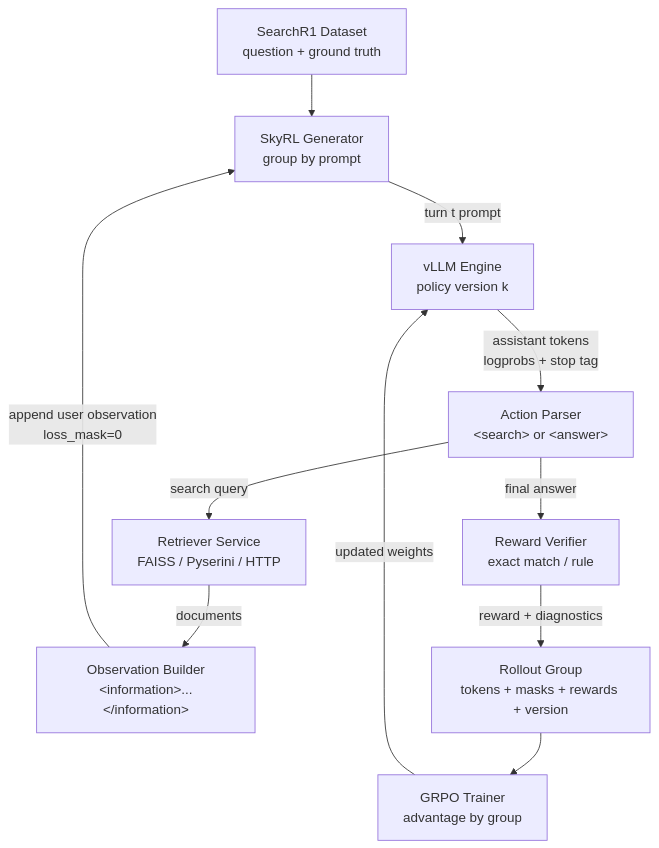
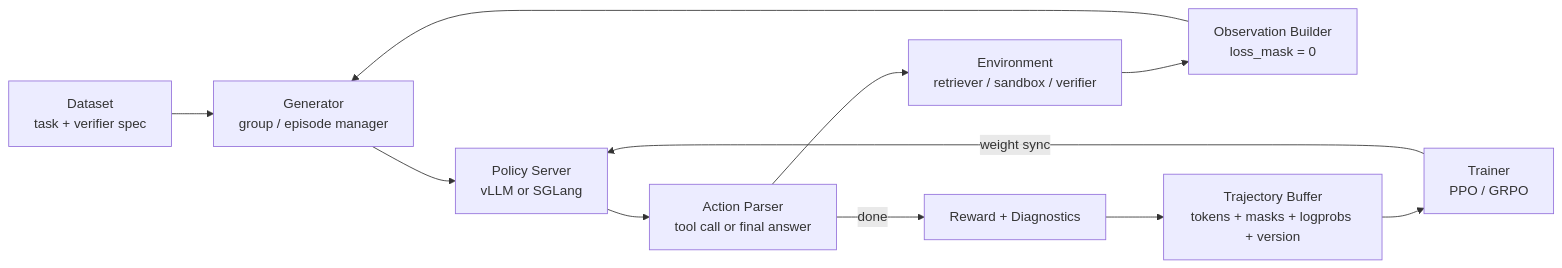
The ninth of 9 diagrams in notes/Mlsys/MLSYS14 Post-Training Infra.md (CurryTang/mlphdinterview), drawn with Mermaid before and after one commit. The commit also changed other lines of this file and 4 other files, not shown here.

````diff
--- a/notes/Mlsys/MLSYS14 Post-Training Infra.md
+++ b/notes/Mlsys/MLSYS14 Post-Training Infra.md
@@ -1554,13 +1548,13 @@
 ```mermaid
-flowchart TB
-    D[SearchR1 Dataset<br/>question + ground truth] --> G[SkyRL Generator<br/>group by prompt]
-    G -->|"turn t prompt"| V[vLLM Engine<br/>policy version k]
-    V -->|"assistant tokens<br/>logprobs + stop tag"| P[Action Parser<br/>&lt;search&gt; or &lt;answer&gt;]
-    P -->|"search query"| R[Retriever Service<br/>FAISS / Pyserini / HTTP]
-    R -->|"documents"| O[Observation Builder<br/>&lt;information&gt;...&lt;/information&gt;]
-    O -->|"append user observation<br/>loss_mask=0"| G
-    P -->|"final answer"| E[Reward Verifier<br/>exact match / rule]
-    E -->|"reward + diagnostics"| B[Rollout Group<br/>tokens + masks + rewards + version]
-    B --> T[GRPO Trainer<br/>advantage by group]
-    T -->|"updated weights"| V
+flowchart LR
+    D[Dataset<br/>task + verifier spec] --> G[Generator<br/>group / episode manager]
+    G --> P[Policy Server<br/>vLLM or SGLang]
+    P --> A[Action Parser<br/>tool call or final answer]
+    A --> E[Environment<br/>retriever / sandbox / verifier]
+    E --> O[Observation Builder<br/>loss_mask = 0]
+    O --> G
+    A -->|done| R[Reward + Diagnostics]
+    R --> B[Trajectory Buffer<br/>tokens + masks + logprobs + version]
+    B --> T[Trainer<br/>PPO / GRPO]
+    T -->|weight sync| P
 ```
````
